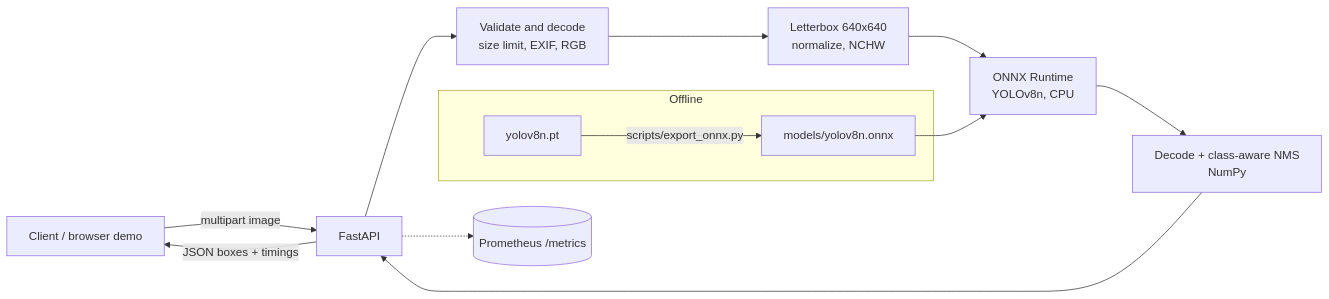
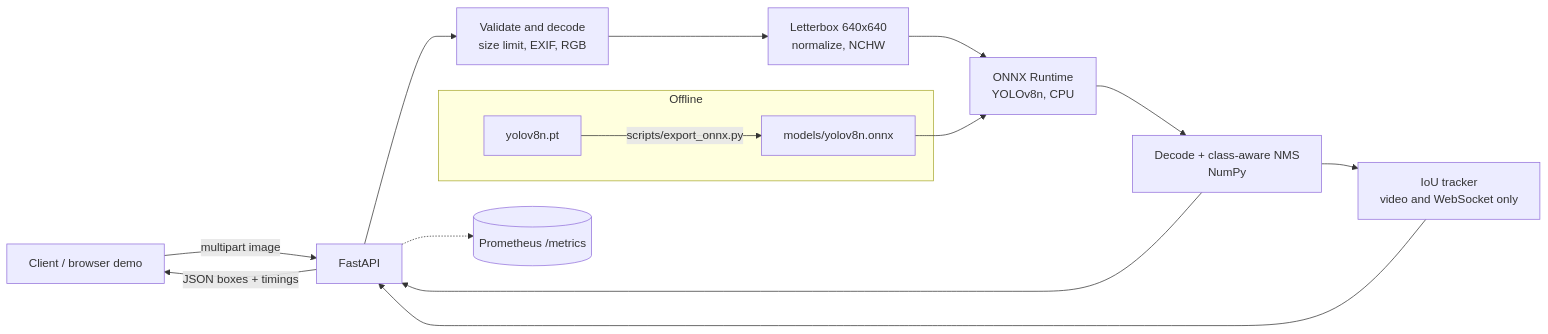
Before and after one commit to Anshul3977/yolov8-detection-api: the diagram in README.md, drawn with Mermaid. The commit also changed other lines of this file and 12 other files, not shown here.

Commit message:
feat: video detection with IoU tracking, WebSocket stream, webcam demo, Vercel deploy

````diff
--- a/README.md
+++ b/README.md
@@ -15,15 +19,17 @@
 ```mermaid
 flowchart LR
     C[Client / browser demo] -->|multipart image| A[FastAPI]
     A --> V[Validate and decode<br/>size limit, EXIF, RGB]
     V --> P[Letterbox 640x640<br/>normalize, NCHW]
     P --> O[ONNX Runtime<br/>YOLOv8n, CPU]
     O --> N[Decode + class-aware NMS<br/>NumPy]
     N --> A
     A -->|JSON boxes + timings| C
+    N --> T[IoU tracker<br/>video and WebSocket only]
+    T --> A
     A -.-> M[(Prometheus /metrics)]
     subgraph Offline
       W[yolov8n.pt] -->|scripts/export_onnx.py| X[models/yolov8n.onnx]
     end
     X --> O
 ```
````
